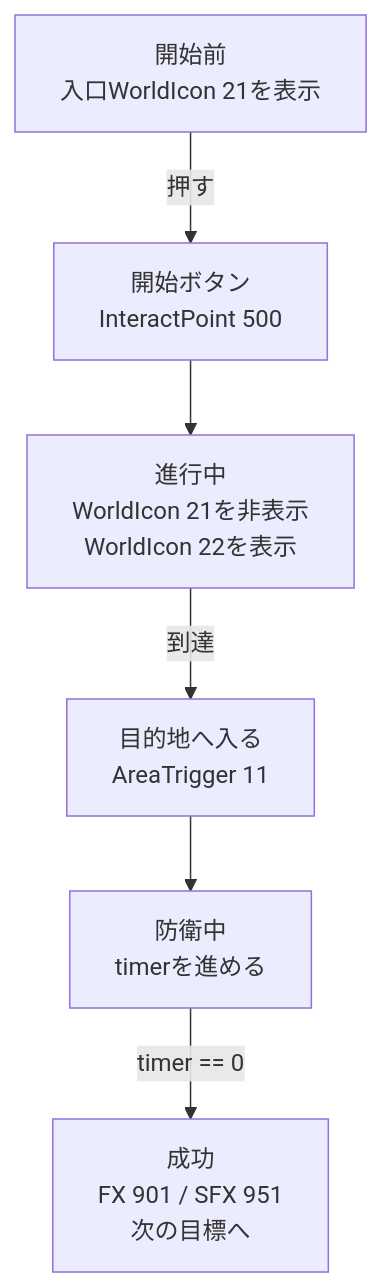
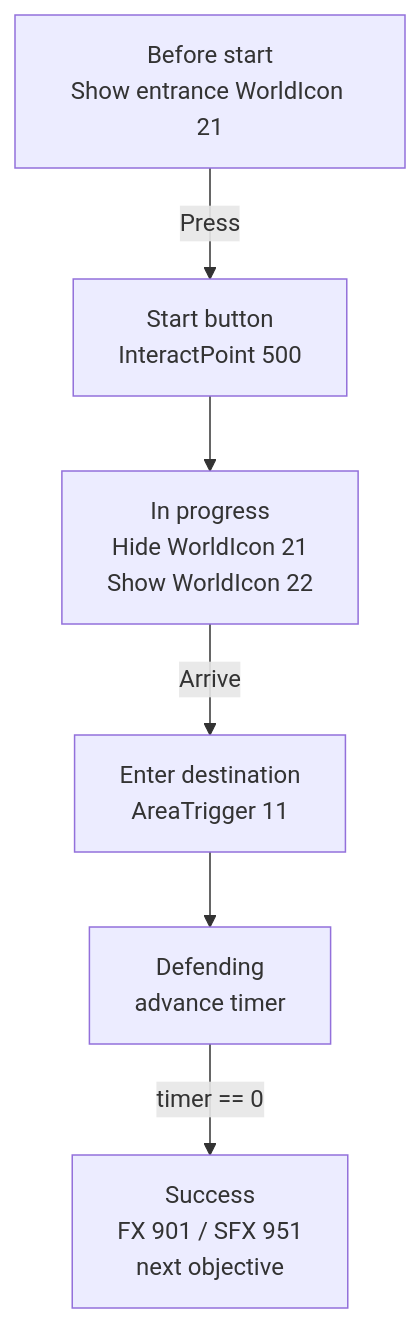
Before and after one commit to link1345/bf-portal-book: the second of 2 diagrams in content/locales/en/chapters/5-rule-editor.md, drawn with Mermaid. The commit also changed other lines of this file and 2 other files, not shown here.

````diff
--- a/content/locales/en/chapters/5-rule-editor.md
+++ b/content/locales/en/chapters/5-rule-editor.md
@@ -70,15 +70,15 @@
 ```mermaid
 flowchart TD
-  before["開始前<br/>入口WorldIcon 21を表示"]
-  start["開始ボタン<br/>InteractPoint 500"]
-  running["進行中<br/>WorldIcon 21を非表示<br/>WorldIcon 22を表示"]
-  arrive["目的地へ入る<br/>AreaTrigger 11"]
-  defend["防衛中<br/>timerを進める"]
-  success["成功<br/>FX 901 / SFX 951<br/>次の目標へ"]
+  before["Before start<br/>Show entrance WorldIcon 21"]
+  start["Start button<br/>InteractPoint 500"]
+  running["In progress<br/>Hide WorldIcon 21<br/>Show WorldIcon 22"]
+  arrive["Enter destination<br/>AreaTrigger 11"]
+  defend["Defending<br/>advance timer"]
+  success["Success<br/>FX 901 / SFX 951<br/>next objective"]
 
-  before -->|押す| start
+  before -->|Press| start
   start --> running
-  running -->|到達| arrive
+  running -->|Arrive| arrive
   arrive --> defend
   defend -->|timer == 0| success
 ```
````
